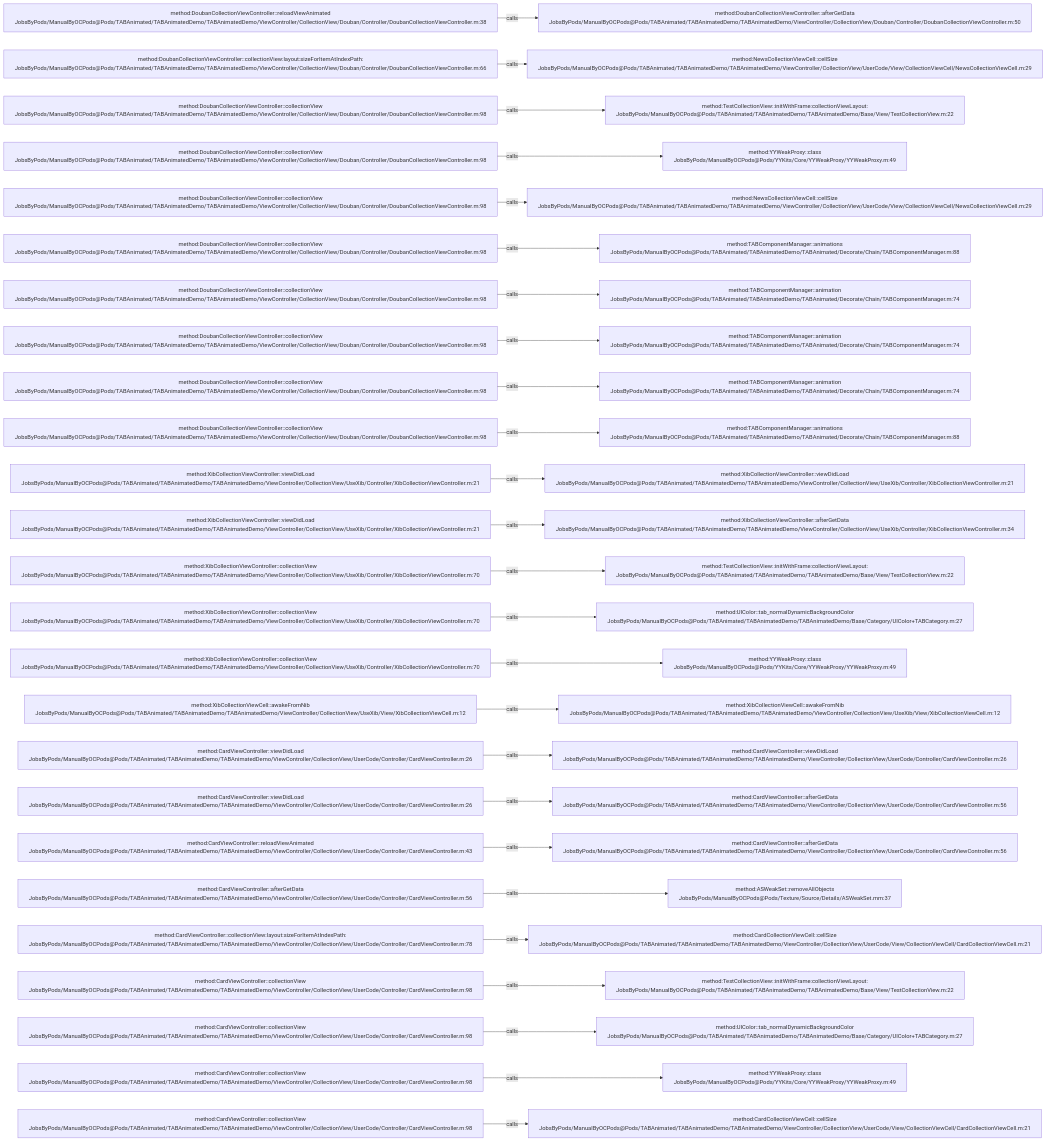
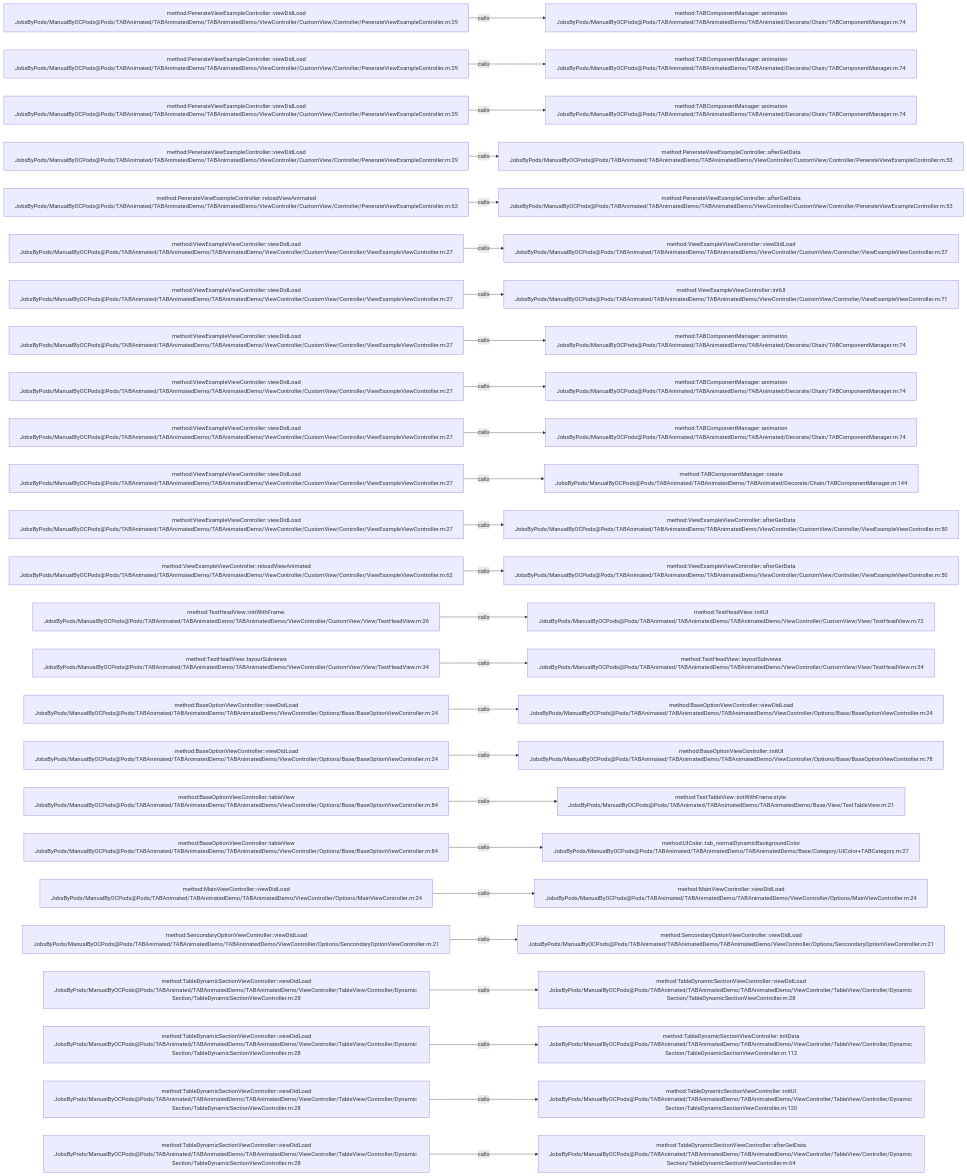
One commit to JobsKits/JobsOCBaseConfigDemo changed the diagram in .codegraph/codegraph.md/graphs/calls-041.md. Above: the diagram before and after it, drawn with Mermaid. The commit also changed 2723 other files, not shown here.

````diff
--- a/.codegraph/codegraph.md/graphs/calls-041.md
+++ b/.codegraph/codegraph.md/graphs/calls-041.md
@@ -13,78 +13,78 @@
 ```mermaid
 flowchart LR
-  S1["method:DoubanCollectionViewController::reloadViewAnimated<br/>JobsByPods/ManualByOCPods@Pods/TABAnimated/TABAnimatedDemo/TABAnimatedDemo/ViewController/CollectionView/Douban/Controller/DoubanCollectionViewController.m:38"]
-  T1["method:DoubanCollectionViewController::afterGetData<br/>JobsByPods/ManualByOCPods@Pods/TABAnimated/TABAnimatedDemo/TABAnimatedDemo/ViewController/CollectionView/Douban/Controller/DoubanCollectionViewController.m:50"]
+  S1["method:PenerateViewExampleController::viewDidLoad<br/>JobsByPods/ManualByOCPods@Pods/TABAnimated/TABAnimatedDemo/TABAnimatedDemo/ViewController/CustomView/Controller/PenerateViewExampleController.m:29"]
+  T1["method:TABComponentManager::animation<br/>JobsByPods/ManualByOCPods@Pods/TABAnimated/TABAnimatedDemo/TABAnimated/Decorate/Chain/TABComponentManager.m:74"]
   S1 -->|calls| T1
-  S2["method:DoubanCollectionViewController::collectionView:layout:sizeForItemAtIndexPath:<br/>JobsByPods/ManualByOCPods@Pods/TABAnimated/TABAnimatedDemo/TABAnimatedDemo/ViewController/CollectionView/Douban/Controller/DoubanCollectionViewController.m:66"]
-  T2["method:NewsCollectionViewCell::cellSize<br/>JobsByPods/ManualByOCPods@Pods/TABAnimated/TABAnimatedDemo/TABAnimatedDemo/ViewController/CollectionView/UserCode/View/CollectionViewCell/NewsCollectionViewCell.m:29"]
+  S2["method:PenerateViewExampleController::viewDidLoad<br/>JobsByPods/ManualByOCPods@Pods/TABAnimated/TABAnimatedDemo/TABAnimatedDemo/ViewController/CustomView/Controller/PenerateViewExampleController.m:29"]
+  T2["method:TABComponentManager::animation<br/>JobsByPods/ManualByOCPods@Pods/TABAnimated/TABAnimatedDemo/TABAnimated/Decorate/Chain/TABComponentManager.m:74"]
   S2 -->|calls| T2
-  S3["method:DoubanCollectionViewController::collectionView<br/>JobsByPods/ManualByOCPods@Pods/TABAnimated/TABAnimatedDemo/TABAnimatedDemo/ViewController/CollectionView/Douban/Controller/DoubanCollectionViewController.m:98"]
-  T3["method:TestCollectionView::initWithFrame:collectionViewLayout:<br/>JobsByPods/ManualByOCPods@Pods/TABAnimated/TABAnimatedDemo/TABAnimatedDemo/Base/View/TestCollectionView.m:22"]
+  S3["method:PenerateViewExampleController::viewDidLoad<br/>JobsByPods/ManualByOCPods@Pods/TABAnimated/TABAnimatedDemo/TABAnimatedDemo/ViewController/CustomView/Controller/PenerateViewExampleController.m:29"]
+  T3["method:TABComponentManager::animation<br/>JobsByPods/ManualByOCPods@Pods/TABAnimated/TABAnimatedDemo/TABAnimated/Decorate/Chain/TABComponentManager.m:74"]
   S3 -->|calls| T3
-  S4["method:DoubanCollectionViewController::collectionView<br/>JobsByPods/ManualByOCPods@Pods/TABAnimated/TABAnimatedDemo/TABAnimatedDemo/ViewController/CollectionView/Douban/Controller/DoubanCollectionViewController.m:98"]
-  T4["method:YYWeakProxy::class<br/>JobsByPods/ManualByOCPods@Pods/YYKits/Core/YYWeakProxy/YYWeakProxy.m:49"]
+  S4["method:PenerateViewExampleController::viewDidLoad<br/>JobsByPods/ManualByOCPods@Pods/TABAnimated/TABAnimatedDemo/TABAnimatedDemo/ViewController/CustomView/Controller/PenerateViewExampleController.m:29"]
+  T4["method:PenerateViewExampleController::afterGetData<br/>JobsByPods/ManualByOCPods@Pods/TABAnimated/TABAnimatedDemo/TABAnimatedDemo/ViewController/CustomView/Controller/PenerateViewExampleController.m:53"]
   S4 -->|calls| T4
-  S5["method:DoubanCollectionViewController::collectionView<br/>JobsByPods/ManualByOCPods@Pods/TABAnimated/TABAnimatedDemo/TABAnimatedDemo/ViewController/CollectionView/Douban/Controller/DoubanCollectionViewController.m:98"]
-  T5["method:NewsCollectionViewCell::cellSize<br/>JobsByPods/ManualByOCPods@Pods/TABAnimated/TABAnimatedDemo/TABAnimatedDemo/ViewController/CollectionView/UserCode/View/CollectionViewCell/NewsCollectionViewCell.m:29"]
+  S5["method:PenerateViewExampleController::reloadViewAnimated<br/>JobsByPods/ManualByOCPods@Pods/TABAnimated/TABAnimatedDemo/TABAnimatedDemo/ViewController/CustomView/Controller/PenerateViewExampleController.m:63"]
+  T5["method:PenerateViewExampleController::afterGetData<br/>JobsByPods/ManualByOCPods@Pods/TABAnimated/TABAnimatedDemo/TABAnimatedDemo/ViewController/CustomView/Controller/PenerateViewExampleController.m:53"]
   S5 -->|calls| T5
-  S6["method:DoubanCollectionViewController::collectionView<br/>JobsByPods/ManualByOCPods@Pods/TABAnimated/TABAnimatedDemo/TABAnimatedDemo/ViewController/CollectionView/Douban/Controller/DoubanCollectionViewController.m:98"]
-  T6["method:TABComponentManager::animations<br/>JobsByPods/ManualByOCPods@Pods/TABAnimated/TABAnimatedDemo/TABAnimated/Decorate/Chain/TABComponentManager.m:88"]
+  S6["method:ViewExampleViewController::viewDidLoad<br/>JobsByPods/ManualByOCPods@Pods/TABAnimated/TABAnimatedDemo/TABAnimatedDemo/ViewController/CustomView/Controller/ViewExampleViewController.m:27"]
+  T6["method:ViewExampleViewController::viewDidLoad<br/>JobsByPods/ManualByOCPods@Pods/TABAnimated/TABAnimatedDemo/TABAnimatedDemo/ViewController/CustomView/Controller/ViewExampleViewController.m:27"]
   S6 -->|calls| T6
-  S7["method:DoubanCollectionViewController::collectionView<br/>JobsByPods/ManualByOCPods@Pods/TABAnimated/TABAnimatedDemo/TABAnimatedDemo/ViewController/CollectionView/Douban/Controller/DoubanCollectionViewController.m:98"]
-  T7["method:TABComponentManager::animation<br/>JobsByPods/ManualByOCPods@Pods/TABAnimated/TABAnimatedDemo/TABAnimated/Decorate/Chain/TABComponentManager.m:74"]
+  S7["method:ViewExampleViewController::viewDidLoad<br/>JobsByPods/ManualByOCPods@Pods/TABAnimated/TABAnimatedDemo/TABAnimatedDemo/ViewController/CustomView/Controller/ViewExampleViewController.m:27"]
+  T7["method:ViewExampleViewController::initUI<br/>JobsByPods/ManualByOCPods@Pods/TABAnimated/TABAnimatedDemo/TABAnimatedDemo/ViewController/CustomView/Controller/ViewExampleViewController.m:71"]
   S7 -->|calls| T7
-  S8["method:DoubanCollectionViewController::collectionView<br/>JobsByPods/ManualByOCPods@Pods/TABAnimated/TABAnimatedDemo/TABAnimatedDemo/ViewController/CollectionView/Douban/Controller/DoubanCollectionViewController.m:98"]
+  S8["method:ViewExampleViewController::viewDidLoad<br/>JobsByPods/ManualByOCPods@Pods/TABAnimated/TABAnimatedDemo/TABAnimatedDemo/ViewController/CustomView/Controller/ViewExampleViewController.m:27"]
   T8["method:TABComponentManager::animation<br/>JobsByPods/ManualByOCPods@Pods/TABAnimated/TABAnimatedDemo/TABAnimated/Decorate/Chain/TABComponentManager.m:74"]
   S8 -->|calls| T8
-  S9["method:DoubanCollectionViewController::collectionView<br/>JobsByPods/ManualByOCPods@Pods/TABAnimated/TABAnimatedDemo/TABAnimatedDemo/ViewController/CollectionView/Douban/Controller/DoubanCollectionViewController.m:98"]
+  S9["method:ViewExampleViewController::viewDidLoad<br/>JobsByPods/ManualByOCPods@Pods/TABAnimated/TABAnimatedDemo/TABAnimatedDemo/ViewController/CustomView/Controller/ViewExampleViewController.m:27"]
   T9["method:TABComponentManager::animation<br/>JobsByPods/ManualByOCPods@Pods/TABAnimated/TABAnimatedDemo/TABAnimated/Decorate/Chain/TABComponentManager.m:74"]
   S9 -->|calls| T9
-  S10["method:DoubanCollectionViewController::collectionView<br/>JobsByPods/ManualByOCPods@Pods/TABAnimated/TABAnimatedDemo/TABAnimatedDemo/ViewController/CollectionView/Douban/Controller/DoubanCollectionViewController.m:98"]
-  T10["method:TABComponentManager::animations<br/>JobsByPods/ManualByOCPods@Pods/TABAnimated/TABAnimatedDemo/TABAnimated/Decorate/Chain/TABComponentManager.m:88"]
+  S10["method:ViewExampleViewController::viewDidLoad<br/>JobsByPods/ManualByOCPods@Pods/TABAnimated/TABAnimatedDemo/TABAnimatedDemo/ViewController/CustomView/Controller/ViewExampleViewController.m:27"]
+  T10["method:TABComponentManager::animation<br/>JobsByPods/ManualByOCPods@Pods/TABAnimated/TABAnimatedDemo/TABAnimated/Decorate/Chain/TABComponentManager.m:74"]
   S10 -->|calls| T10
-  S11["method:XibCollectionViewController::viewDidLoad<br/>JobsByPods/ManualByOCPods@Pods/TABAnimated/TABAnimatedDemo/TABAnimatedDemo/ViewController/CollectionView/UseXib/Controller/XibCollectionViewController.m:21"]
-  T11["method:XibCollectionViewController::viewDidLoad<br/>JobsByPods/ManualByOCPods@Pods/TABAnimated/TABAnimatedDemo/TABAnimatedDemo/ViewController/CollectionView/UseXib/Controller/XibCollectionViewController.m:21"]
+  S11["method:ViewExampleViewController::viewDidLoad<br/>JobsByPods/ManualByOCPods@Pods/TABAnimated/TABAnimatedDemo/TABAnimatedDemo/ViewController/CustomView/Controller/ViewExampleViewController.m:27"]
+  T11["method:TABComponentManager::create<br/>JobsByPods/ManualByOCPods@Pods/TABAnimated/TABAnimatedDemo/TABAnimated/Decorate/Chain/TABComponentManager.m:144"]
   S11 -->|calls| T11
-  S12["method:XibCollectionViewController::viewDidLoad<br/>JobsByPods/ManualByOCPods@Pods/TABAnimated/TABAnimatedDemo/TABAnimatedDemo/ViewController/CollectionView/UseXib/Controller/XibCollectionViewController.m:21"]
-  T12["method:XibCollectionViewController::afterGetData<br/>JobsByPods/ManualByOCPods@Pods/TABAnimated/TABAnimatedDemo/TABAnimatedDemo/ViewController/CollectionView/UseXib/Controller/XibCollectionViewController.m:34"]
+  S12["method:ViewExampleViewController::viewDidLoad<br/>JobsByPods/ManualByOCPods@Pods/TABAnimated/TABAnimatedDemo/TABAnimatedDemo/ViewController/CustomView/Controller/ViewExampleViewController.m:27"]
+  T12["method:ViewExampleViewController::afterGetData<br/>JobsByPods/ManualByOCPods@Pods/TABAnimated/TABAnimatedDemo/TABAnimatedDemo/ViewController/CustomView/Controller/ViewExampleViewController.m:50"]
   S12 -->|calls| T12
-  S13["method:XibCollectionViewController::collectionView<br/>JobsByPods/ManualByOCPods@Pods/TABAnimated/TABAnimatedDemo/TABAnimatedDemo/ViewController/CollectionView/UseXib/Controller/XibCollectionViewController.m:70"]
-  T13["method:TestCollectionView::initWithFrame:collectionViewLayout:<br/>JobsByPods/ManualByOCPods@Pods/TABAnimated/TABAnimatedDemo/TABAnimatedDemo/Base/View/TestCollectionView.m:22"]
+  S13["method:ViewExampleViewController::reloadViewAnimated<br/>JobsByPods/ManualByOCPods@Pods/TABAnimated/TABAnimatedDemo/TABAnimatedDemo/ViewController/CustomView/Controller/ViewExampleViewController.m:62"]
+  T13["method:ViewExampleViewController::afterGetData<br/>JobsByPods/ManualByOCPods@Pods/TABAnimated/TABAnimatedDemo/TABAnimatedDemo/ViewController/CustomView/Controller/ViewExampleViewController.m:50"]
   S13 -->|calls| T13
-  S14["method:XibCollectionViewController::collectionView<br/>JobsByPods/ManualByOCPods@Pods/TABAnimated/TABAnimatedDemo/TABAnimatedDemo/ViewController/CollectionView/UseXib/Controller/XibCollectionViewController.m:70"]
-  T14["method:UIColor::tab_normalDynamicBackgroundColor<br/>JobsByPods/ManualByOCPods@Pods/TABAnimated/TABAnimatedDemo/TABAnimatedDemo/Base/Category/UIColor+TABCategory.m:27"]
+  S14["method:TestHeadView::initWithFrame:<br/>JobsByPods/ManualByOCPods@Pods/TABAnimated/TABAnimatedDemo/TABAnimatedDemo/ViewController/CustomView/View/TestHeadView.m:26"]
+  T14["method:TestHeadView::initUI<br/>JobsByPods/ManualByOCPods@Pods/TABAnimated/TABAnimatedDemo/TABAnimatedDemo/ViewController/CustomView/View/TestHeadView.m:72"]
   S14 -->|calls| T14
-  S15["method:XibCollectionViewController::collectionView<br/>JobsByPods/ManualByOCPods@Pods/TABAnimated/TABAnimatedDemo/TABAnimatedDemo/ViewController/CollectionView/UseXib/Controller/XibCollectionViewController.m:70"]
-  T15["method:YYWeakProxy::class<br/>JobsByPods/ManualByOCPods@Pods/YYKits/Core/YYWeakProxy/YYWeakProxy.m:49"]
+  S15["method:TestHeadView::layoutSubviews<br/>JobsByPods/ManualByOCPods@Pods/TABAnimated/TABAnimatedDemo/TABAnimatedDemo/ViewController/CustomView/View/TestHeadView.m:34"]
+  T15["method:TestHeadView::layoutSubviews<br/>JobsByPods/ManualByOCPods@Pods/TABAnimated/TABAnimatedDemo/TABAnimatedDemo/ViewController/CustomView/View/TestHeadView.m:34"]
   S15 -->|calls| T15
-  S16["method:XibCollectionViewCell::awakeFromNib<br/>JobsByPods/ManualByOCPods@Pods/TABAnimated/TABAnimatedDemo/TABAnimatedDemo/ViewController/CollectionView/UseXib/View/XibCollectionViewCell.m:12"]
-  T16["method:XibCollectionViewCell::awakeFromNib<br/>JobsByPods/ManualByOCPods@Pods/TABAnimated/TABAnimatedDemo/TABAnimatedDemo/ViewController/CollectionView/UseXib/View/XibCollectionViewCell.m:12"]
+  S16["method:BaseOptionViewController::viewDidLoad<br/>JobsByPods/ManualByOCPods@Pods/TABAnimated/TABAnimatedDemo/TABAnimatedDemo/ViewController/Options/Base/BaseOptionViewController.m:24"]
+  T16["method:BaseOptionViewController::viewDidLoad<br/>JobsByPods/ManualByOCPods@Pods/TABAnimated/TABAnimatedDemo/TABAnimatedDemo/ViewController/Options/Base/BaseOptionViewController.m:24"]
   S16 -->|calls| T16
-  S17["method:CardViewController::viewDidLoad<br/>JobsByPods/ManualByOCPods@Pods/TABAnimated/TABAnimatedDemo/TABAnimatedDemo/ViewController/CollectionView/UserCode/Controller/CardViewController.m:26"]
-  T17["method:CardViewController::viewDidLoad<br/>JobsByPods/ManualByOCPods@Pods/TABAnimated/TABAnimatedDemo/TABAnimatedDemo/ViewController/CollectionView/UserCode/Controller/CardViewController.m:26"]
+  S17["method:BaseOptionViewController::viewDidLoad<br/>JobsByPods/ManualByOCPods@Pods/TABAnimated/TABAnimatedDemo/TABAnimatedDemo/ViewController/Options/Base/BaseOptionViewController.m:24"]
+  T17["method:BaseOptionViewController::initUI<br/>JobsByPods/ManualByOCPods@Pods/TABAnimated/TABAnimatedDemo/TABAnimatedDemo/ViewController/Options/Base/BaseOptionViewController.m:78"]
   S17 -->|calls| T17
-  S18["method:CardViewController::viewDidLoad<br/>JobsByPods/ManualByOCPods@Pods/TABAnimated/TABAnimatedDemo/TABAnimatedDemo/ViewController/CollectionView/UserCode/Controller/CardViewController.m:26"]
-  T18["method:CardViewController::afterGetData<br/>JobsByPods/ManualByOCPods@Pods/TABAnimated/TABAnimatedDemo/TABAnimatedDemo/ViewController/CollectionView/UserCode/Controller/CardViewController.m:56"]
+  S18["method:BaseOptionViewController::tableView<br/>JobsByPods/ManualByOCPods@Pods/TABAnimated/TABAnimatedDemo/TABAnimatedDemo/ViewController/Options/Base/BaseOptionViewController.m:84"]
+  T18["method:TestTableView::initWithFrame:style:<br/>JobsByPods/ManualByOCPods@Pods/TABAnimated/TABAnimatedDemo/TABAnimatedDemo/Base/View/TestTableView.m:21"]
   S18 -->|calls| T18
-  S19["method:CardViewController::reloadViewAnimated<br/>JobsByPods/ManualByOCPods@Pods/TABAnimated/TABAnimatedDemo/TABAnimatedDemo/ViewController/CollectionView/UserCode/Controller/CardViewController.m:43"]
-  T19["method:CardViewController::afterGetData<br/>JobsByPods/ManualByOCPods@Pods/TABAnimated/TABAnimatedDemo/TABAnimatedDemo/ViewController/CollectionView/UserCode/Controller/CardViewController.m:56"]
+  S19["method:BaseOptionViewController::tableView<br/>JobsByPods/ManualByOCPods@Pods/TABAnimated/TABAnimatedDemo/TABAnimatedDemo/ViewController/Options/Base/BaseOptionViewController.m:84"]
+  T19["method:UIColor::tab_normalDynamicBackgroundColor<br/>JobsByPods/ManualByOCPods@Pods/TABAnimated/TABAnimatedDemo/TABAnimatedDemo/Base/Category/UIColor+TABCategory.m:27"]
   S19 -->|calls| T19
-  S20["method:CardViewController::afterGetData<br/>JobsByPods/ManualByOCPods@Pods/TABAnimated/TABAnimatedDemo/TABAnimatedDemo/ViewController/CollectionView/UserCode/Controller/CardViewController.m:56"]
-  T20["method:ASWeakSet::removeAllObjects<br/>JobsByPods/ManualByOCPods@Pods/Texture/Source/Details/ASWeakSet.mm:37"]
+  S20["method:MainViewController::viewDidLoad<br/>JobsByPods/ManualByOCPods@Pods/TABAnimated/TABAnimatedDemo/TABAnimatedDemo/ViewController/Options/MainViewController.m:24"]
+  T20["method:MainViewController::viewDidLoad<br/>JobsByPods/ManualByOCPods@Pods/TABAnimated/TABAnimatedDemo/TABAnimatedDemo/ViewController/Options/MainViewController.m:24"]
   S20 -->|calls| T20
-  S21["method:CardViewController::collectionView:layout:sizeForItemAtIndexPath:<br/>JobsByPods/ManualByOCPods@Pods/TABAnimated/TABAnimatedDemo/TABAnimatedDemo/ViewController/CollectionView/UserCode/Controller/CardViewController.m:78"]
-  T21["method:CardCollectionViewCell::cellSize<br/>JobsByPods/ManualByOCPods@Pods/TABAnimated/TABAnimatedDemo/TABAnimatedDemo/ViewController/CollectionView/UserCode/View/CollectionViewCell/CardCollectionViewCell.m:21"]
+  S21["method:SencondaryOptionViewController::viewDidLoad<br/>JobsByPods/ManualByOCPods@Pods/TABAnimated/TABAnimatedDemo/TABAnimatedDemo/ViewController/Options/SencondaryOptionViewController.m:21"]
+  T21["method:SencondaryOptionViewController::viewDidLoad<br/>JobsByPods/ManualByOCPods@Pods/TABAnimated/TABAnimatedDemo/TABAnimatedDemo/ViewController/Options/SencondaryOptionViewController.m:21"]
   S21 -->|calls| T21
-  S22["method:CardViewController::collectionView<br/>JobsByPods/ManualByOCPods@Pods/TABAnimated/TABAnimatedDemo/TABAnimatedDemo/ViewController/CollectionView/UserCode/Controller/CardViewController.m:98"]
-  T22["method:TestCollectionView::initWithFrame:collectionViewLayout:<br/>JobsByPods/ManualByOCPods@Pods/TABAnimated/TABAnimatedDemo/TABAnimatedDemo/Base/View/TestCollectionView.m:22"]
+  S22["method:TableDynamicSectionViewController::viewDidLoad<br/>JobsByPods/ManualByOCPods@Pods/TABAnimated/TABAnimatedDemo/TABAnimatedDemo/ViewController/TableView/Controller/Dynamic Section/TableDynamicSectionViewController.m:28"]
+  T22["method:TableDynamicSectionViewController::viewDidLoad<br/>JobsByPods/ManualByOCPods@Pods/TABAnimated/TABAnimatedDemo/TABAnimatedDemo/ViewController/TableView/Controller/Dynamic Section/TableDynamicSectionViewController.m:28"]
   S22 -->|calls| T22
-  S23["method:CardViewController::collectionView<br/>JobsByPods/ManualByOCPods@Pods/TABAnimated/TABAnimatedDemo/TABAnimatedDemo/ViewController/CollectionView/UserCode/Controller/CardViewController.m:98"]
-  T23["method:UIColor::tab_normalDynamicBackgroundColor<br/>JobsByPods/ManualByOCPods@Pods/TABAnimated/TABAnimatedDemo/TABAnimatedDemo/Base/Category/UIColor+TABCategory.m:27"]
+  S23["method:TableDynamicSectionViewController::viewDidLoad<br/>JobsByPods/ManualByOCPods@Pods/TABAnimated/TABAnimatedDemo/TABAnimatedDemo/ViewController/TableView/Controller/Dynamic Section/TableDynamicSectionViewController.m:28"]
+  T23["method:TableDynamicSectionViewController::initData<br/>JobsByPods/ManualByOCPods@Pods/TABAnimated/TABAnimatedDemo/TABAnimatedDemo/ViewController/TableView/Controller/Dynamic Section/TableDynamicSectionViewController.m:112"]
   S23 -->|calls| T23
-  S24["method:CardViewController::collectionView<br/>JobsByPods/ManualByOCPods@Pods/TABAnimated/TABAnimatedDemo/TABAnimatedDemo/ViewController/CollectionView/UserCode/Controller/CardViewController.m:98"]
-  T24["method:YYWeakProxy::class<br/>JobsByPods/ManualByOCPods@Pods/YYKits/Core/YYWeakProxy/YYWeakProxy.m:49"]
+  S24["method:TableDynamicSectionViewController::viewDidLoad<br/>JobsByPods/ManualByOCPods@Pods/TABAnimated/TABAnimatedDemo/TABAnimatedDemo/ViewController/TableView/Controller/Dynamic Section/TableDynamicSectionViewController.m:28"]
+  T24["method:TableDynamicSectionViewController::initUI<br/>JobsByPods/ManualByOCPods@Pods/TABAnimated/TABAnimatedDemo/TABAnimatedDemo/ViewController/TableView/Controller/Dynamic Section/TableDynamicSectionViewController.m:120"]
   S24 -->|calls| T24
-  S25["method:CardViewController::collectionView<br/>JobsByPods/ManualByOCPods@Pods/TABAnimated/TABAnimatedDemo/TABAnimatedDemo/ViewController/CollectionView/UserCode/Controller/CardViewController.m:98"]
-  T25["method:CardCollectionViewCell::cellSize<br/>JobsByPods/ManualByOCPods@Pods/TABAnimated/TABAnimatedDemo/TABAnimatedDemo/ViewController/CollectionView/UserCode/View/CollectionViewCell/CardCollectionViewCell.m:21"]
+  S25["method:TableDynamicSectionViewController::viewDidLoad<br/>JobsByPods/ManualByOCPods@Pods/TABAnimated/TABAnimatedDemo/TABAnimatedDemo/ViewController/TableView/Controller/Dynamic Section/TableDynamicSectionViewController.m:28"]
+  T25["method:TableDynamicSectionViewController::afterGetData<br/>JobsByPods/ManualByOCPods@Pods/TABAnimated/TABAnimatedDemo/TABAnimatedDemo/ViewController/TableView/Controller/Dynamic Section/TableDynamicSectionViewController.m:64"]
   S25 -->|calls| T25
 ```
````
